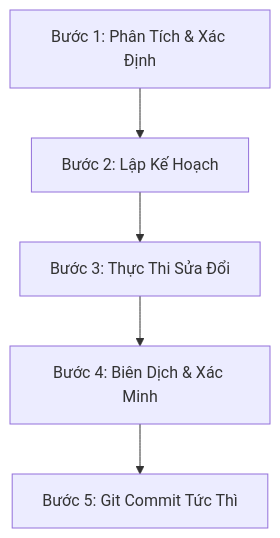
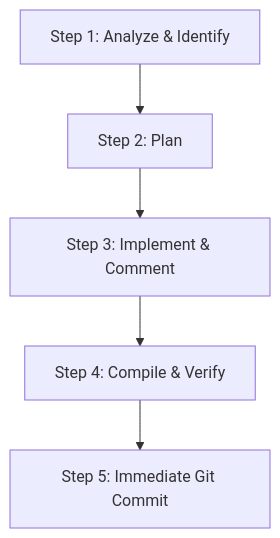
Before and after one commit to lanmmmmai/cardioguard-ai: the diagram in WORKFLOW.md, drawn with Mermaid. The commit also changed other lines of this file and 1 other file, not shown here.

````diff
--- a/WORKFLOW.md
+++ b/WORKFLOW.md
@@ -11,7 +11,7 @@
 ```mermaid
 graph TD
-    A[Bước 1: Phân Tích & Xác Định] --> B[Bước 2: Lập Kế Hoạch]
-    B --> C[Bước 3: Thực Thi Sửa Đổi]
-    C --> D[Bước 4: Biên Dịch & Xác Minh]
-    D --> E[Bước 5: Git Commit Tức Thì]
+    A[Step 1: Analyze & Identify] --> B[Step 2: Plan]
+    B --> C[Step 3: Implement & Comment]
+    C --> D[Step 4: Compile & Verify]
+    D --> E[Step 5: Immediate Git Commit]
 ```
````
